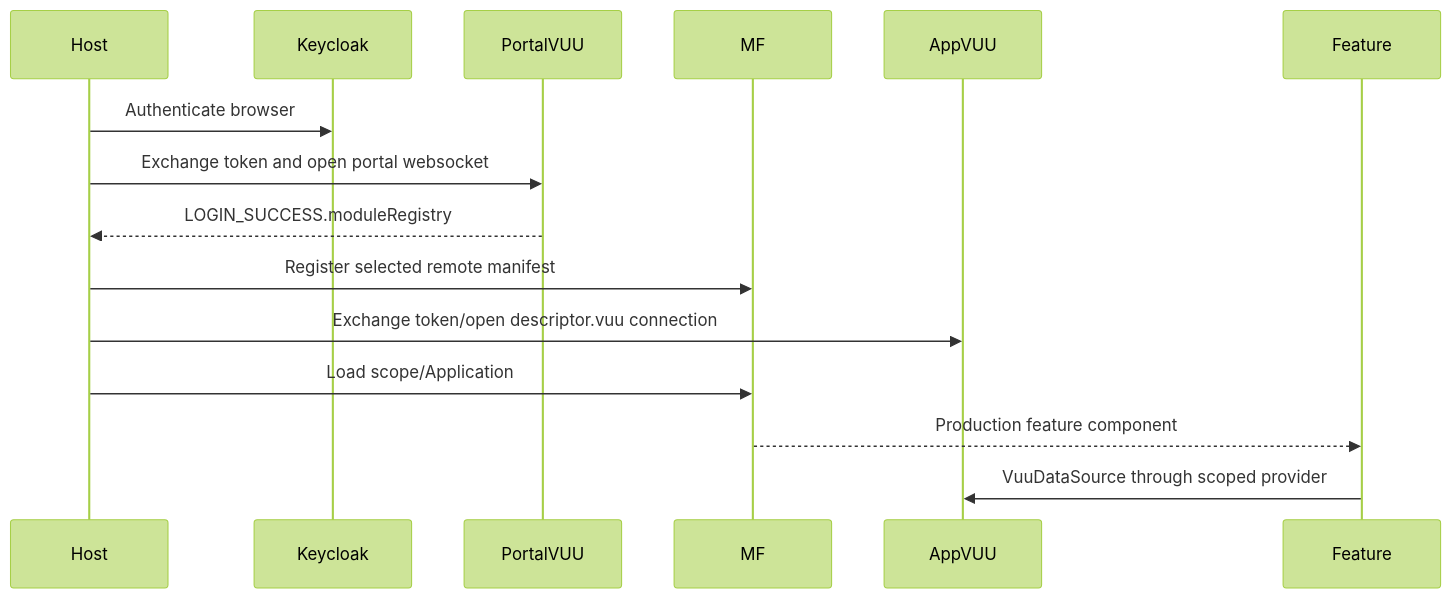
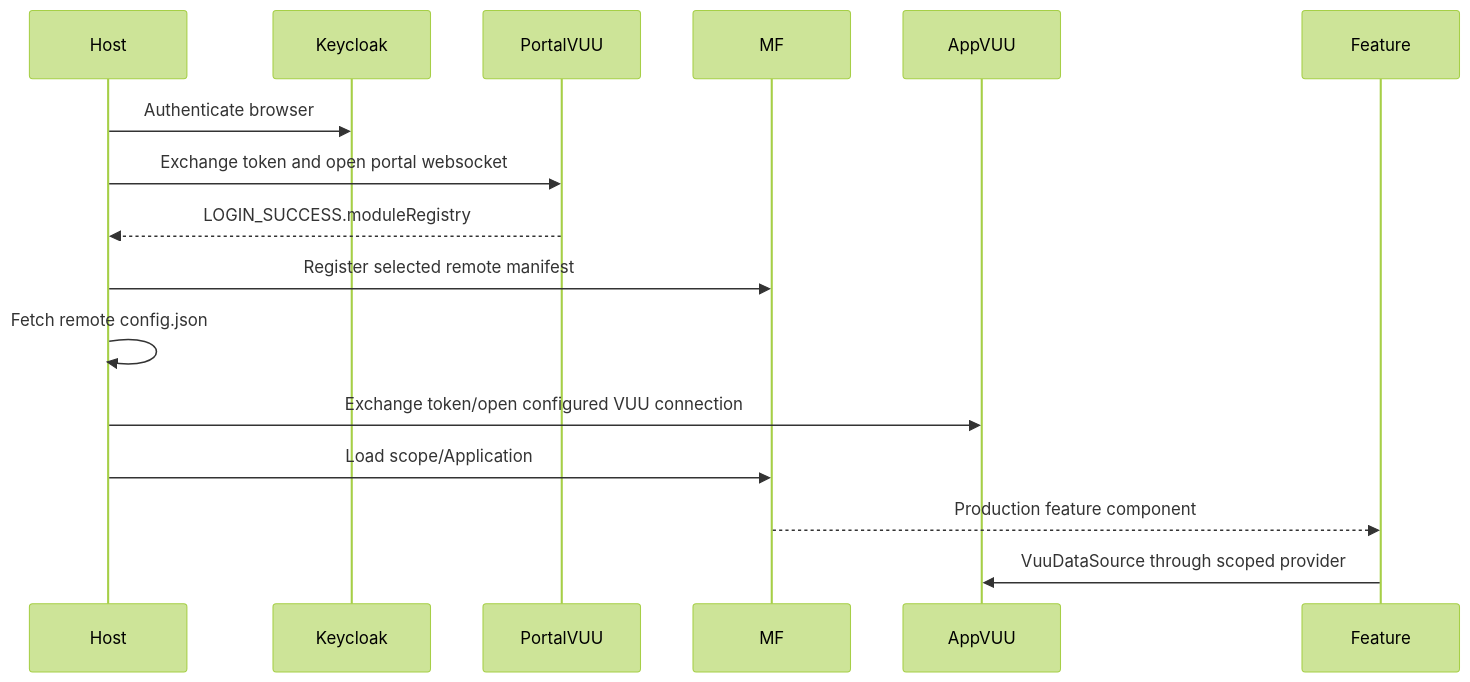
One commit to finos/vuu changed the second of 3 diagrams in vuu-ui/portal-examples/portal-host/docs/local-portal-architecture.md. Above: the diagram before and after it, drawn with Mermaid (forest theme). The commit also changed other lines of this file and 101 other files, not shown here.

First line of the commit message:
Module admin v2 and per-remote config.json

````diff
--- a/vuu-ui/portal-examples/portal-host/docs/local-portal-architecture.md
+++ b/vuu-ui/portal-examples/portal-host/docs/local-portal-architecture.md
@@ -627,18 +618,19 @@
 ```mermaid
 sequenceDiagram
     participant Host
     participant Keycloak
     participant PortalVUU
     participant MF
     participant AppVUU
     participant Feature
 
     Host->>Keycloak: Authenticate browser
     Host->>PortalVUU: Exchange token and open portal websocket
     PortalVUU-->>Host: LOGIN_SUCCESS.moduleRegistry
     Host->>MF: Register selected remote manifest
-    Host->>AppVUU: Exchange token/open descriptor.vuu connection
+    Host->>Host: Fetch remote config.json
+    Host->>AppVUU: Exchange token/open configured VUU connection
     Host->>MF: Load scope/Application
     MF-->>Feature: Production feature component
     Feature->>AppVUU: VuuDataSource through scoped provider
 ```
````
